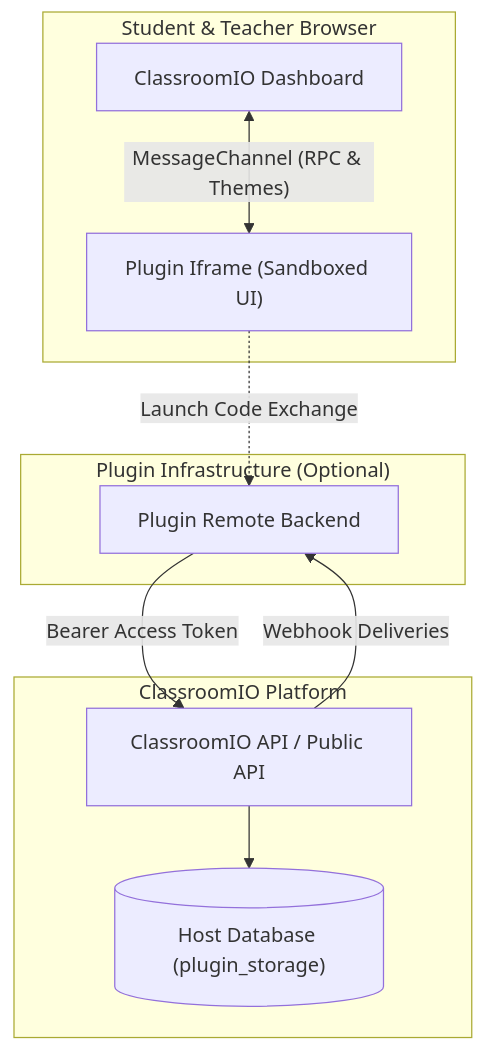
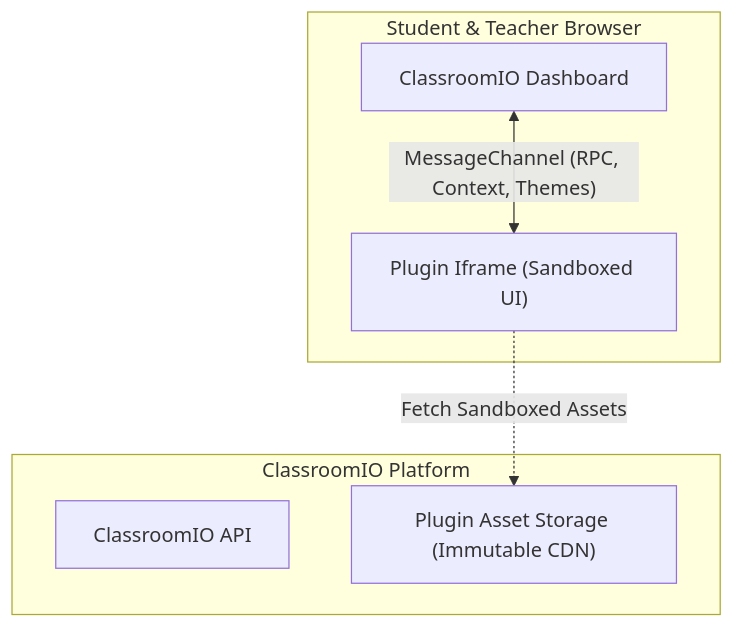
The diagram in apps/docs/content/docs/developers/plugins/index.mdx (classroomio/classroomio), drawn with Mermaid before and after one commit. The commit also changed other lines of this file and 5 other files, not shown here.

````diff
--- a/apps/docs/content/docs/developers/plugins/index.mdx
+++ b/apps/docs/content/docs/developers/plugins/index.mdx
@@ -8,22 +8,14 @@
 ```mermaid
 graph TD
     subgraph Browser["Student & Teacher Browser"]
         Dashboard["ClassroomIO Dashboard"]
         Iframe["Plugin Iframe (Sandboxed UI)"]
-        Dashboard <--"MessageChannel (RPC & Themes)"--> Iframe
+        Dashboard <--"MessageChannel (RPC, Context, Themes)"--> Iframe
     end
 
     subgraph Host["ClassroomIO Platform"]
-        API["ClassroomIO API / Public API"]
-        DB[("Host Database (plugin_storage)")]
-        API --> DB
+        API["ClassroomIO API"]
+        CDN["Plugin Asset Storage (Immutable CDN)"]
+        Iframe -.->|"Fetch Sandboxed Assets"| CDN
     end
-
-    subgraph Developer["Plugin Infrastructure (Optional)"]
-        Backend["Plugin Remote Backend"]
-    end
-
-    Iframe -.->|"Launch Code Exchange"| Backend
-    Backend -->|"Bearer Access Token"| API
-    API -->|"Webhook Deliveries"| Backend
 ```
````
